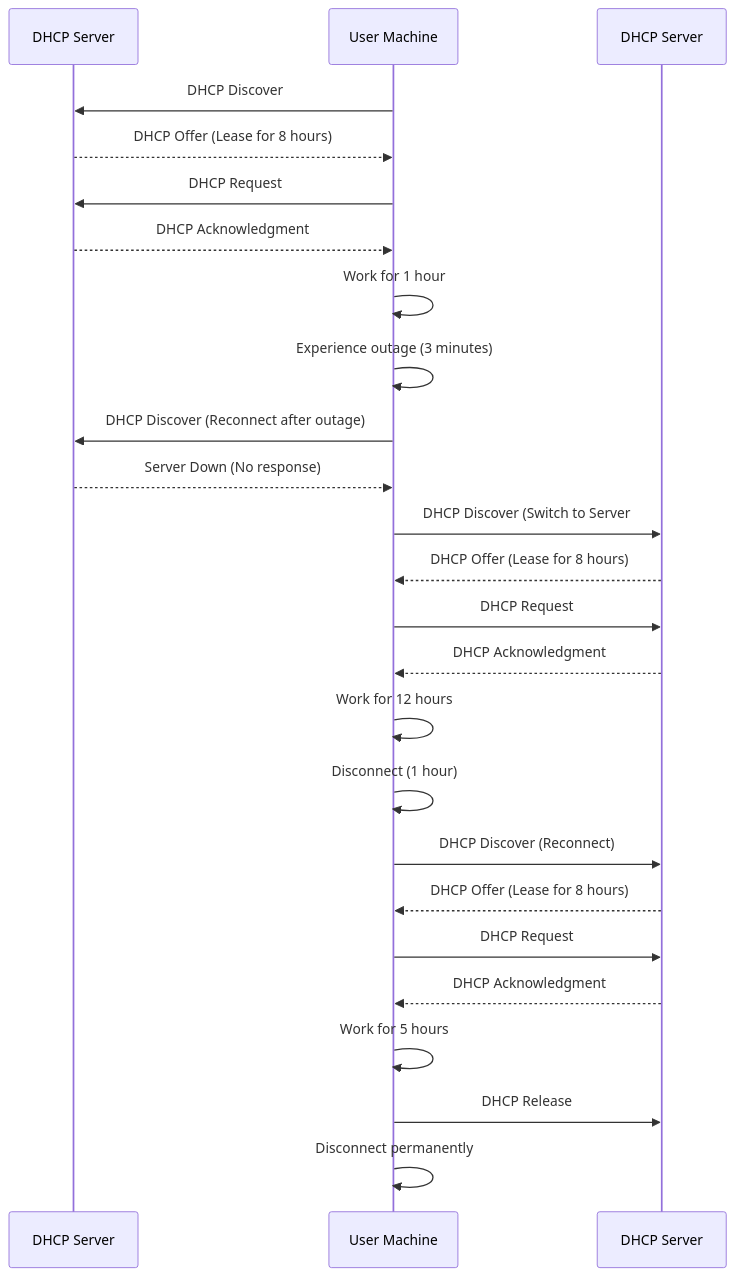
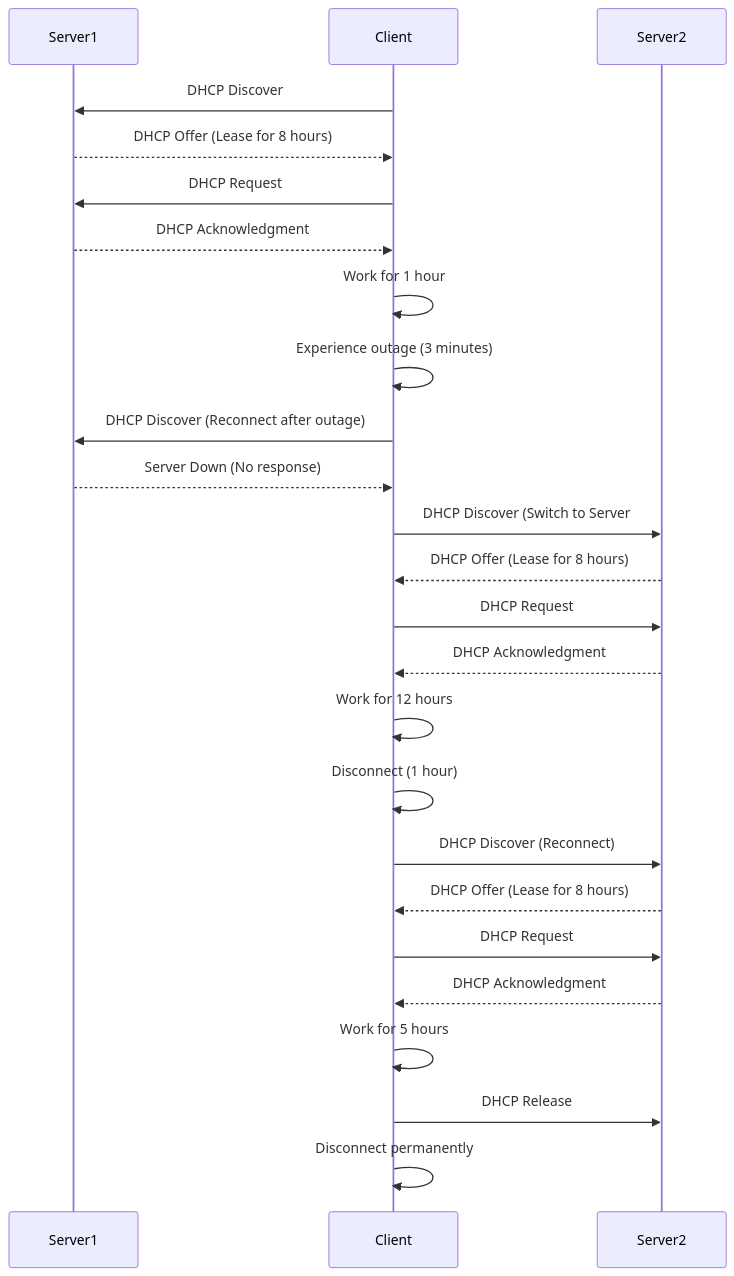
One commit to Sensenkyloren/DHCPdiagram changed the diagram in README.md. Above: the diagram before and after it, drawn with Mermaid.

````diff
--- a/README.md
+++ b/README.md
@@ -2,35 +2,35 @@
 ```mermaid
 sequenceDiagram
-    participant Server1 as DHCP Server #1
-    participant User as User Machine
-    participant Server2 as DHCP Server #2
+    participant Server1 as Server1
+    participant User as Client
+    participant Server2 as Server2
 
     User->>Server1: DHCP Discover
     Server1-->>User: DHCP Offer (Lease for 8 hours)
     User->>Server1: DHCP Request
     Server1-->>User: DHCP Acknowledgment
 
     User->>User: Work for 1 hour
 
     User->>User: Experience outage (3 minutes)
     User->>Server1: DHCP Discover (Reconnect after outage)
     Server1-->>User: Server Down (No response)
     User->>Server2: DHCP Discover (Switch to Server #2)
     Server2-->>User: DHCP Offer (Lease for 8 hours)
     User->>Server2: DHCP Request
     Server2-->>User: DHCP Acknowledgment
 
     User->>User: Work for 12 hours
 
     User->>User: Disconnect (1 hour)
     
     User->>Server2: DHCP Discover (Reconnect)
     Server2-->>User: DHCP Offer (Lease for 8 hours)
     User->>Server2: DHCP Request
     Server2-->>User: DHCP Acknowledgment
 
     User->>User: Work for 5 hours
     User->>Server2: DHCP Release
     User->>User: Disconnect permanently
 
 ```
````
